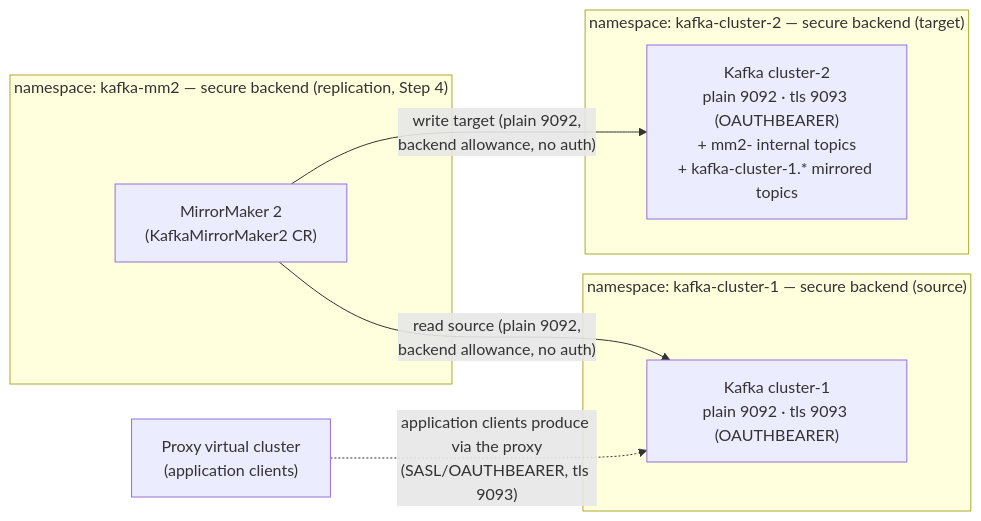
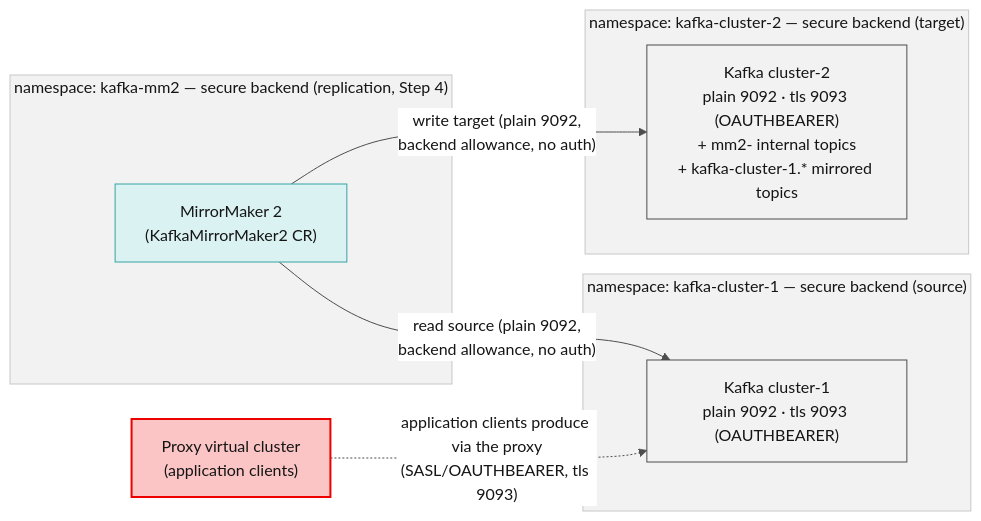
Before and after one commit to jcordes73/kafka-proxy-use-cases: the diagram in docs/04-mirrormaker2.md, drawn with Mermaid. The commit also changed other lines of this file and 28 other files, not shown here.

````diff
--- a/docs/04-mirrormaker2.md
+++ b/docs/04-mirrormaker2.md
@@ -11,17 +11,23 @@
 ```mermaid
+%%{init: {"theme":"base","themeVariables":{"fontFamily":"Red Hat Text, Red Hat Display, sans-serif","primaryColor":"#FFFFFF","primaryTextColor":"#151515","primaryBorderColor":"#C7C7C7","lineColor":"#4D4D4D","secondaryColor":"#F2F2F2","tertiaryColor":"#F2F2F2","clusterBkg":"#F2F2F2","clusterBorder":"#C7C7C7","edgeLabelBackground":"#FFFFFF","titleColor":"#151515"}}}%%
 flowchart LR
     subgraph sourceNs["namespace: kafka-cluster-1 — secure backend (source)"]
         K1["Kafka cluster-1<br/>plain 9092 · tls 9093 (OAUTHBEARER)"]
     end
     subgraph mm2ns["namespace: kafka-mm2 — secure backend (replication, Step 4)"]
         MM2["MirrorMaker 2<br/>(KafkaMirrorMaker2 CR)"]
     end
     subgraph targetNs["namespace: kafka-cluster-2 — secure backend (target)"]
         K2["Kafka cluster-2<br/>plain 9092 · tls 9093 (OAUTHBEARER)<br/>+ mm2- internal topics<br/>+ kafka-cluster-1.* mirrored topics"]
     end
     P["Proxy virtual cluster<br/>(application clients)"]
 
     MM2 -- "read source (plain 9092,<br/>backend allowance, no auth)" --> K1
     MM2 -- "write target (plain 9092,<br/>backend allowance, no auth)" --> K2
     P -. "application clients produce via the proxy<br/>(SASL/OAUTHBEARER, tls 9093)" .-> K1
+
+    style K1 fill:#F2F2F2,stroke:#4D4D4D
+    style K2 fill:#F2F2F2,stroke:#4D4D4D
+    style MM2 fill:#DAF2F2,stroke:#37A3A3
+    style P fill:#FBC5C5,stroke:#EE0000,stroke-width:2px
 ```
````
